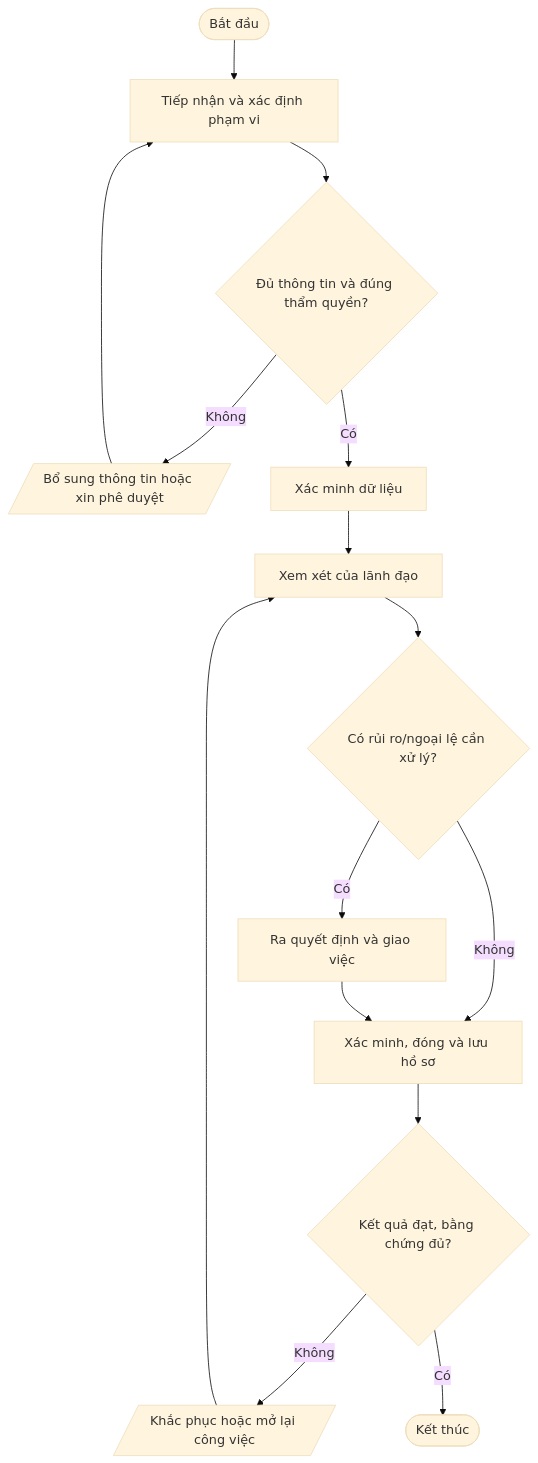
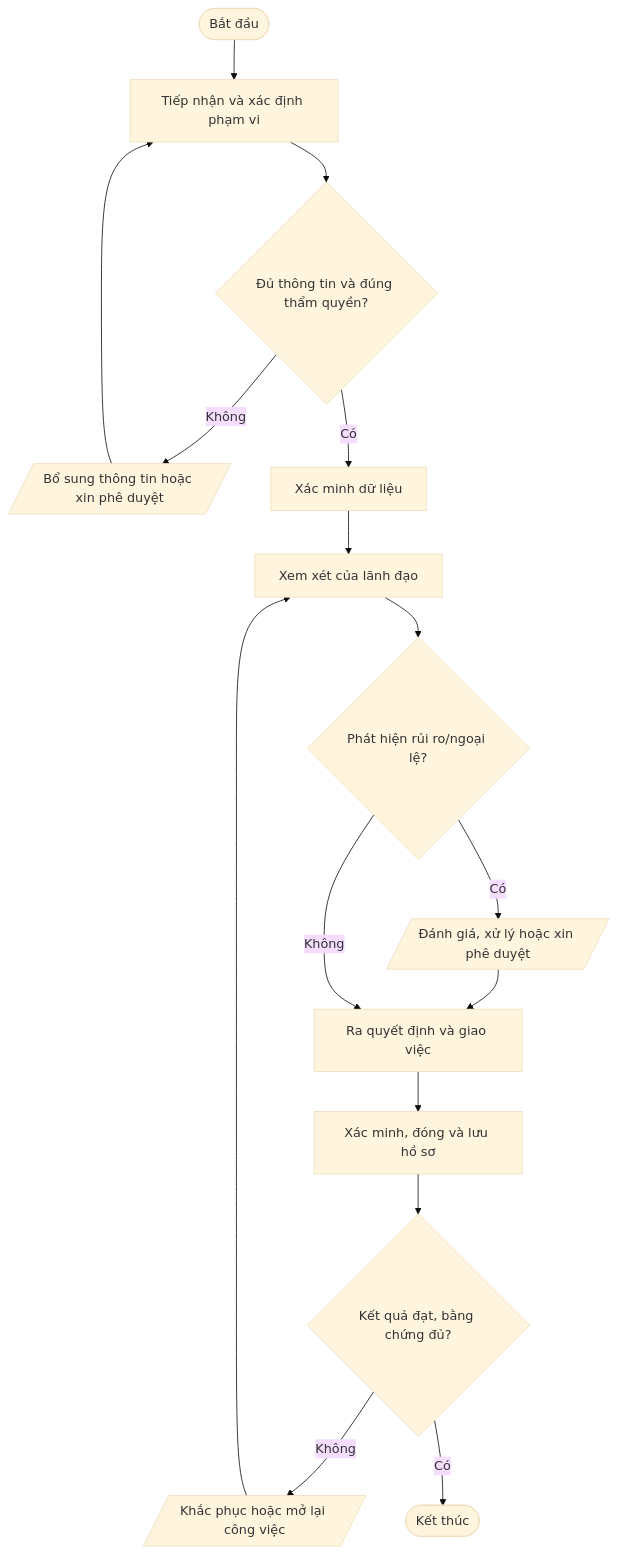
The seventh of 7 diagrams in quy-trinh/01-Quan-tri-ISMS/README.md (daoaigiangnam/Quy_Trinh_Chuan), drawn with Mermaid (base theme) before and after one commit. The commit also changed other lines of this file, not shown here.

Commit message:
docs: correct procedure flowchart decision paths

````diff
--- a/quy-trinh/01-Quan-tri-ISMS/README.md
+++ b/quy-trinh/01-Quan-tri-ISMS/README.md
@@ -581,17 +587,18 @@
 ```mermaid
 flowchart TD
   A([Bắt đầu]) --> S1["Tiếp nhận và xác định phạm vi"]
   S1 --> D1{"Đủ thông tin và đúng thẩm quyền?"}
   D1 -- Không --> F1[/"Bổ sung thông tin hoặc xin phê duyệt"/]
   F1 --> S1
   D1 -- Có --> S2["Xác minh dữ liệu"]
   S2 --> S3["Xem xét của lãnh đạo"]
-  S3 --> D2{"Có rủi ro/ngoại lệ cần xử lý?"}
-  D2 -- Có --> S4["Ra quyết định và giao việc"]
-  D2 -- Không --> S5["Xác minh, đóng và lưu hồ sơ"]
-  S4 --> S5
+  S3 --> D2{"Phát hiện rủi ro/ngoại lệ?"}
+  D2 -- Có --> RISK[/"Đánh giá, xử lý hoặc xin phê duyệt"/]
+  RISK --> S4["Ra quyết định và giao việc"]
+  D2 -- Không --> S4
+  S4 --> S5["Xác minh, đóng và lưu hồ sơ"]
   S5 --> D3{"Kết quả đạt, bằng chứng đủ?"}
   D3 -- Không --> R[/"Khắc phục hoặc mở lại công việc"/]
   R --> S3
   D3 -- Có --> Z([Kết thúc])
 ```
````
